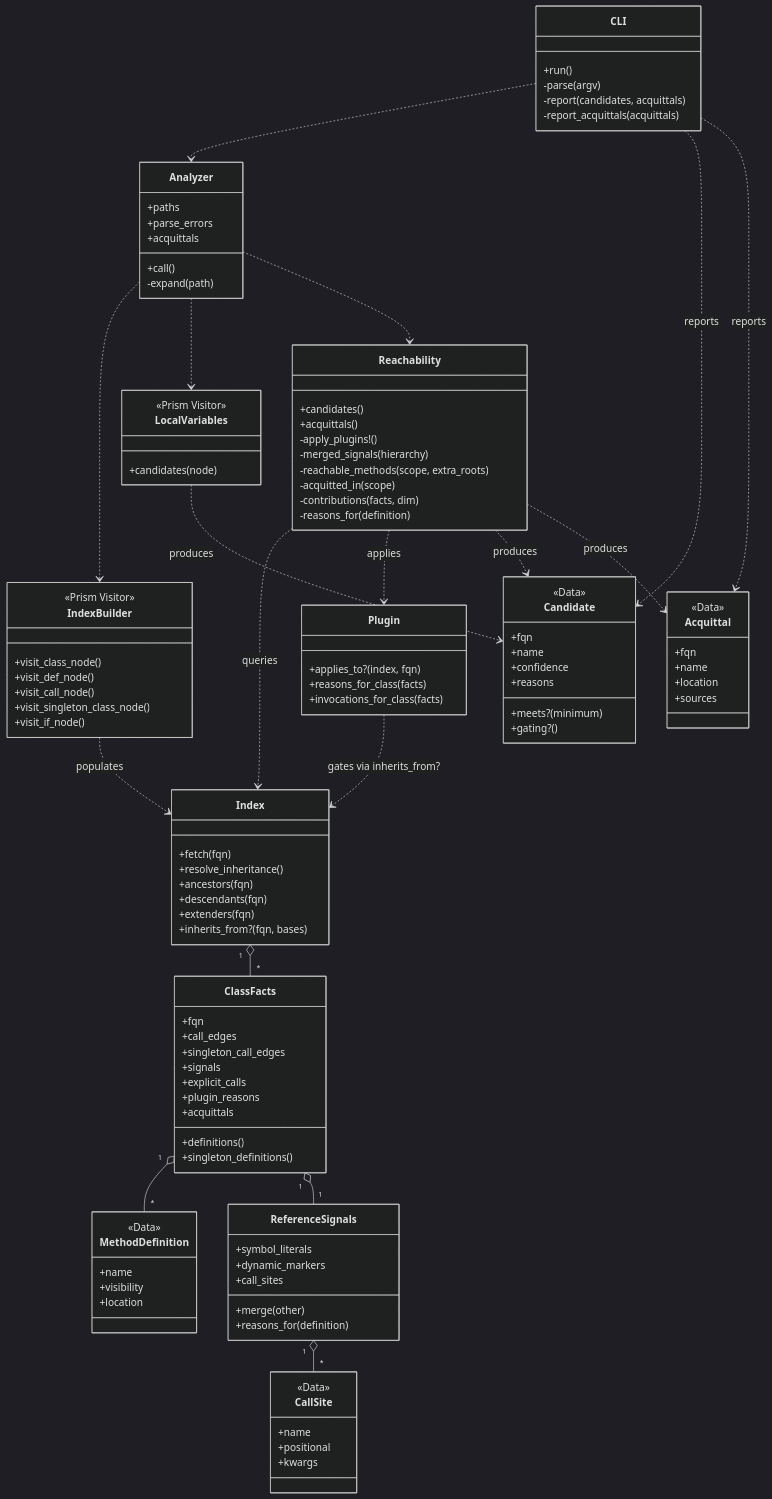
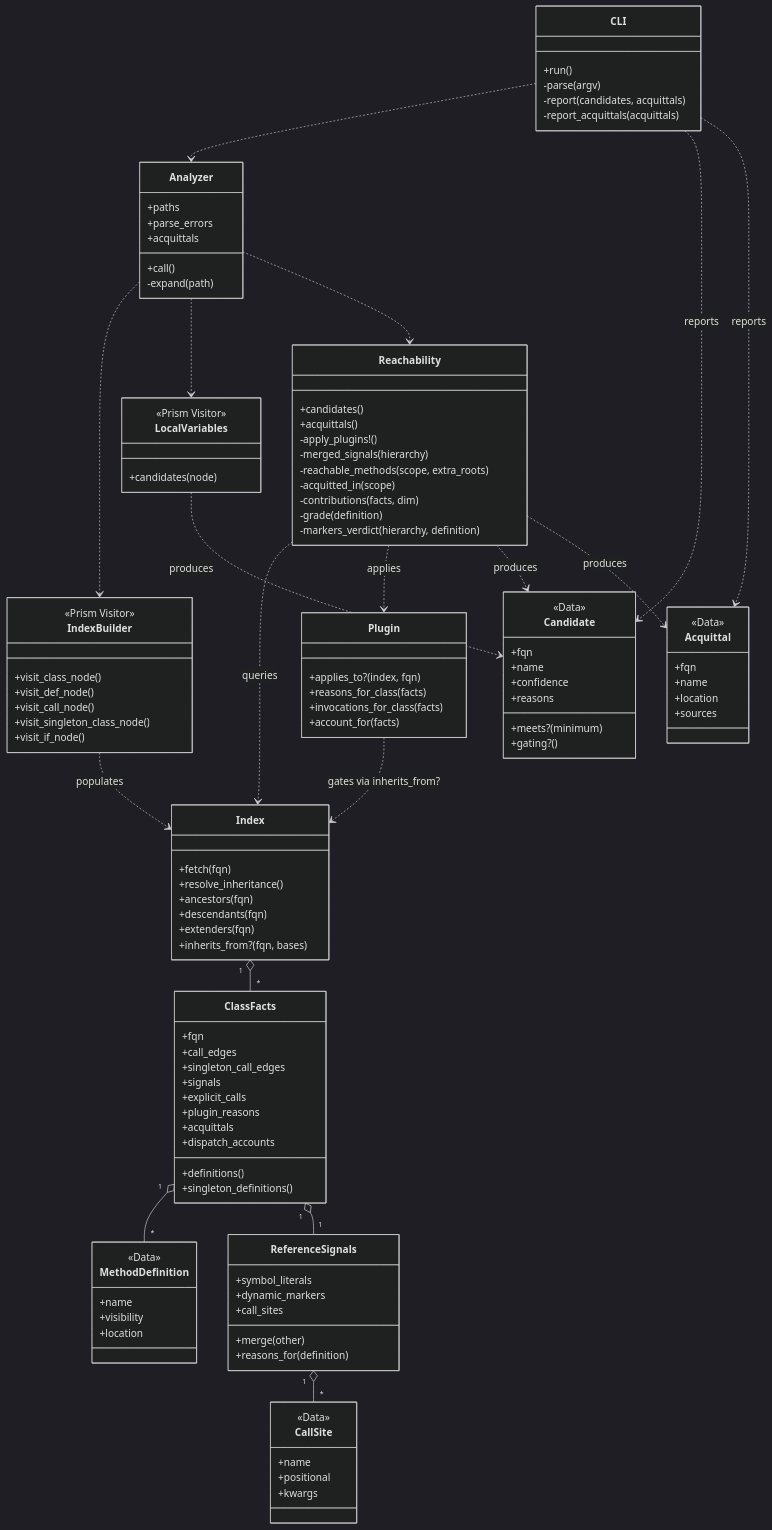
The second of 2 diagrams in docs/architecture.md (joelbiffin/thanatos), drawn with Mermaid (dark theme) before and after one commit. The commit also changed other lines of this file and 5 other files, not shown here.

First line of the commit message:
Document the account lever and the medium grade

```diff
--- a/docs/architecture.md
+++ b/docs/architecture.md
@@ -116,6 +116,7 @@
         +explicit_calls
         +plugin_reasons
         +acquittals
+        +dispatch_accounts
         +definitions()
         +singleton_definitions()
     }
@@ -136,6 +137,7 @@
         +applies_to?(index, fqn)
         +reasons_for_class(facts)
         +invocations_for_class(facts)
+        +account_for(facts)
     }
     class Reachability {
         +candidates()
@@ -145,7 +147,8 @@
         -reachable_methods(scope, extra_roots)
         -acquitted_in(scope)
         -contributions(facts, dim)
-        -reasons_for(definition)
+        -grade(definition)
+        -markers_verdict(hierarchy, definition)
     }
     class MethodDefinition {
         <<Data>>
```
